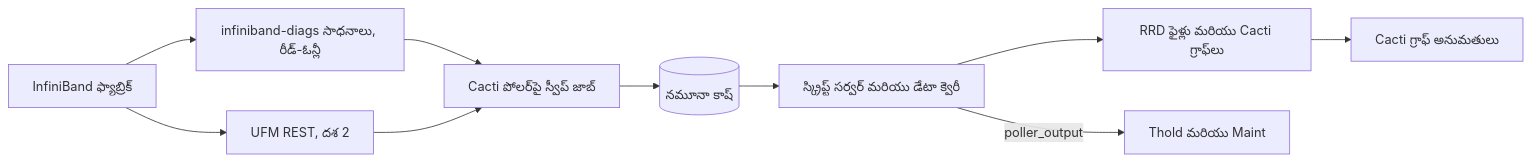
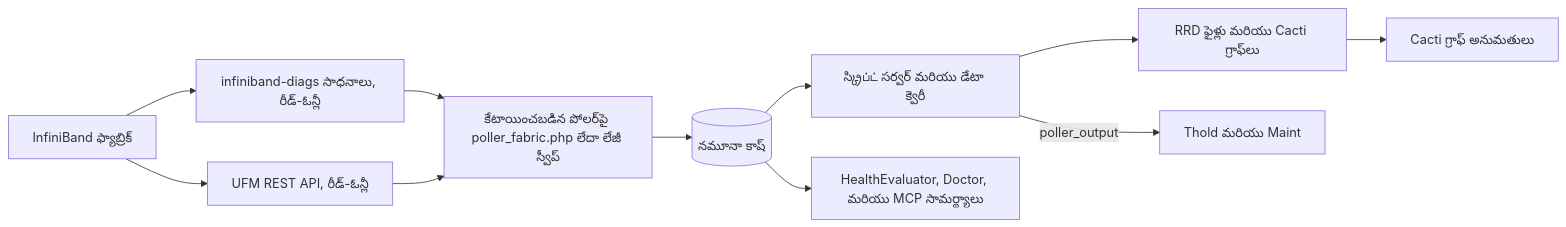
One commit to somethingwithproof/plugin_fabric changed the diagram in docs/i18n/te-IN/README.md. Above: the diagram before and after it, drawn with Mermaid. The commit also changed other lines of this file and 48 other files, not shown here.

````diff
--- a/docs/i18n/te-IN/README.md
+++ b/docs/i18n/te-IN/README.md
@@ -94,12 +132,13 @@
 ```mermaid
 flowchart LR
     F[InfiniBand ఫ్యాబ్రిక్] --> T[infiniband-diags సాధనాలు, రీడ్-ఓన్లీ]
-    F --> U[UFM REST, దశ 2]
-    T --> S[Cacti పోలర్‌పై స్వీప్ జాబ్]
+    F --> U[UFM REST API, రీడ్-ఓన్లీ]
+    T --> S[కేటాయించబడిన పోలర్‌పై poller_fabric.php లేదా లేజీ స్వీప్]
     U --> S
     S --> C[(నమూనా కాష్)]
-    C --> SS[స్క్రిప్ట్ సర్వర్ మరియు డేటా క్వెరీ]
+    C --> SS[స్క్రిப்ட் సర్వర్ మరియు డేటా క్వెరీ]
     SS --> R[RRD ఫైళ్లు మరియు Cacti గ్రాఫ్‌లు]
     SS -->|poller_output| TH[Thold మరియు Maint]
+    C --> H[HealthEvaluator, Doctor, మరియు MCP సామర్థ్యాలు]
     R --> P[Cacti గ్రాఫ్ అనుమతులు]
 ```
````
